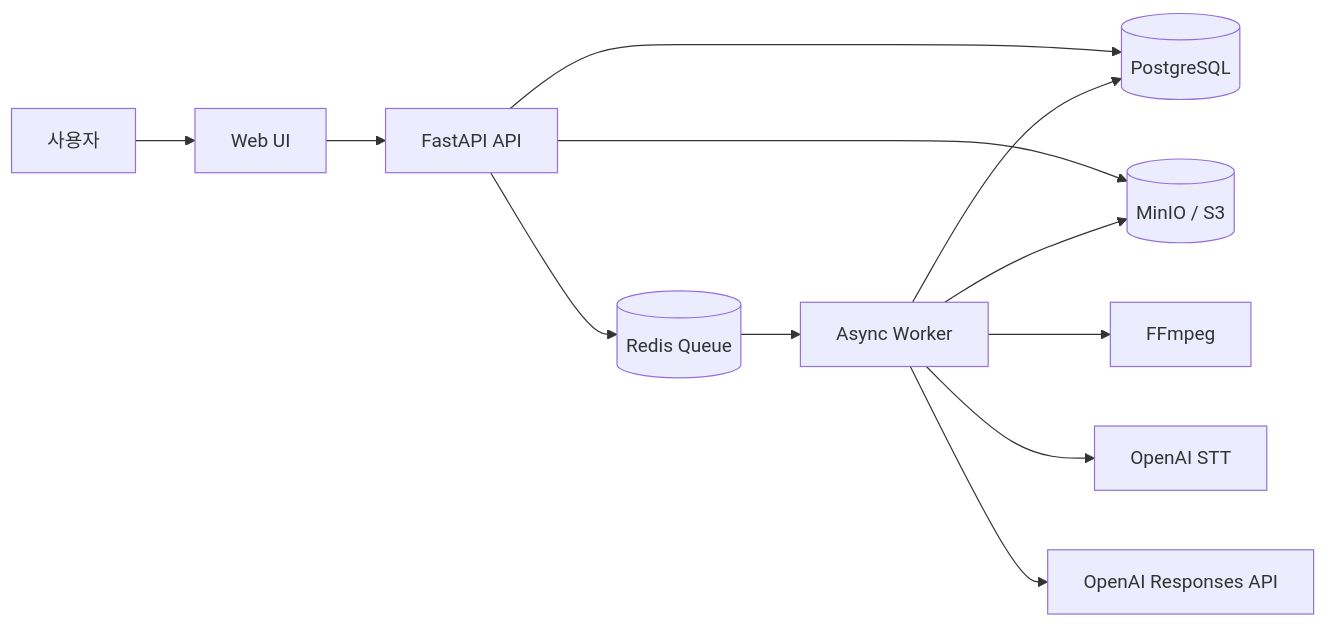
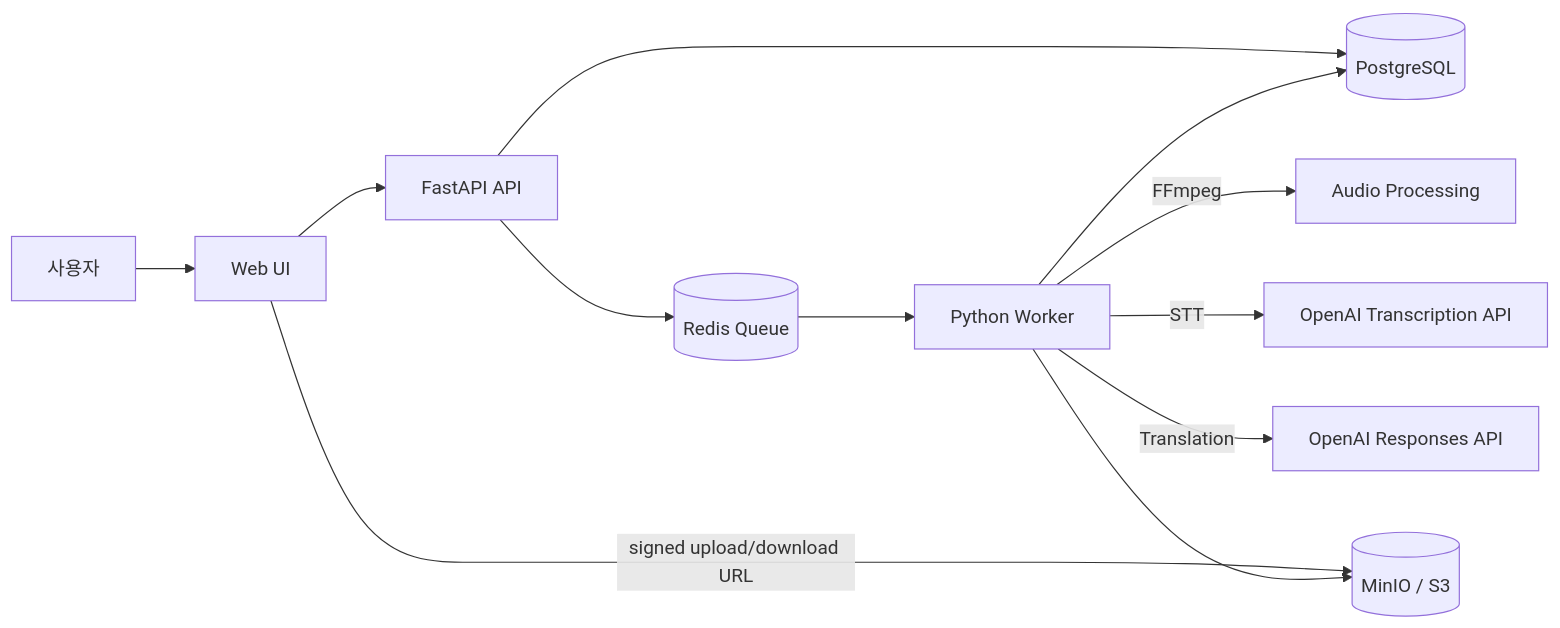
One commit to MaoEmong/video-translator changed the diagram in README.md. Above: the diagram before and after it, drawn with Mermaid. The commit also changed other lines of this file, not shown here.

````diff
--- a/README.md
+++ b/README.md
@@ -28,14 +58,14 @@
 ```mermaid
 flowchart LR
     USER[사용자] --> WEB[Web UI]
     WEB --> API[FastAPI API]
+    WEB -->|signed upload/download URL| S3[(MinIO / S3)]
     API --> DB[(PostgreSQL)]
-    API --> S3[(MinIO / S3)]
     API --> REDIS[(Redis Queue)]
-    REDIS --> WORKER[Async Worker]
-    WORKER --> FFMPEG[FFmpeg]
-    WORKER --> STT[OpenAI STT]
-    WORKER --> LLM[OpenAI Responses API]
+    REDIS --> WORKER[Python Worker]
+    WORKER -->|FFmpeg| MEDIA[Audio Processing]
+    WORKER -->|STT| STT[OpenAI Transcription API]
+    WORKER -->|Translation| LLM[OpenAI Responses API]
     WORKER --> DB
     WORKER --> S3
 ```
````
